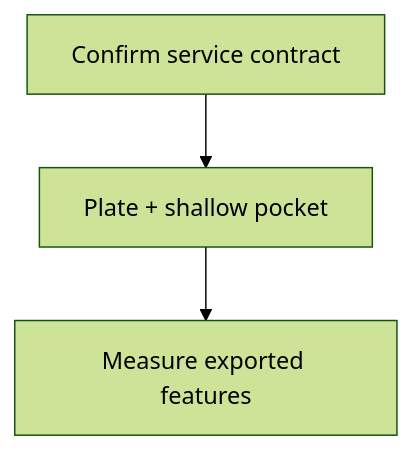
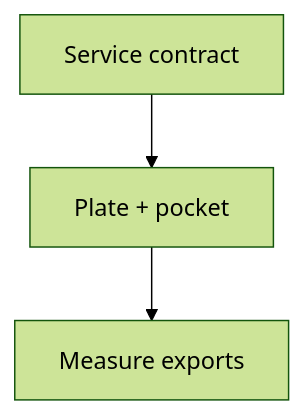
Before and after one commit to Valpatel/cad-agent: the third of 3 diagrams in docs/research/manufacturing/sheet-metal-file-and-hole-review.md, drawn with Mermaid (forest theme). The commit also changed other lines of this file, not shown here.

Commit message:
Keep manufacturing workflow diagrams within narrow phone columns

````diff
--- a/docs/research/manufacturing/sheet-metal-file-and-hole-review.md
+++ b/docs/research/manufacturing/sheet-metal-file-and-hole-review.md
@@ -112,8 +112,8 @@
 ```mermaid
 flowchart TD
-    C["Confirm service contract"] --> P["Plate + shallow pocket"]
-    P --> I["Measure exported features"]
+    C["Service contract"] --> P["Plate + pocket"]
+    P --> I["Measure exports"]
     class C here
     class P near
     class I out
 ```
````
